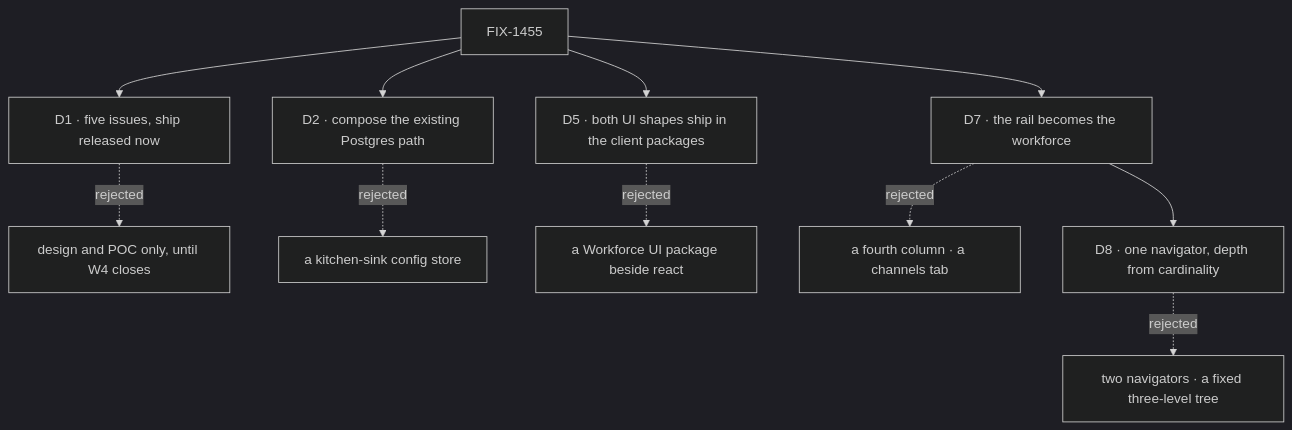
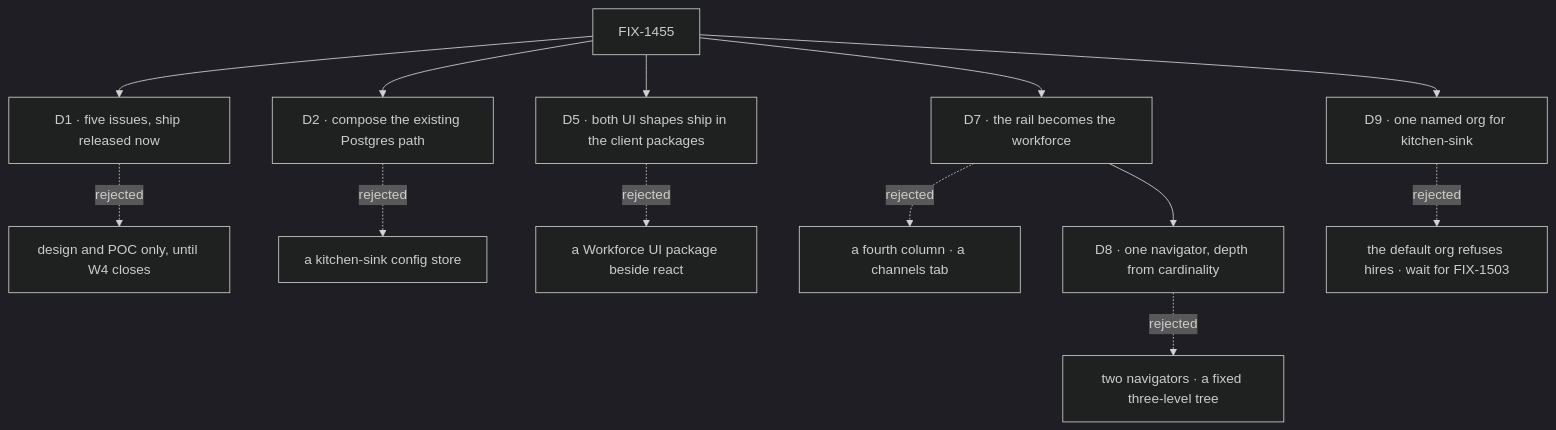
The diagram in specs/epics/FIX-1455/DECISIONS.md (fixpoint-labs/flow-state-dev), drawn with Mermaid (dark theme) before and after one commit. The commit also changed other lines of this file and 7 other files, not shown here.

First line of the commit message:
spec(FIX-1455): amend — FIX-1500 and FIX-1527 join the set; seat list ships; D9 named org

````diff
--- a/specs/epics/FIX-1455/DECISIONS.md
+++ b/specs/epics/FIX-1455/DECISIONS.md
@@ -12,13 +13,15 @@
 ```mermaid
 flowchart TD
   E["FIX-1455"] --> D1["D1 · five issues, ship released now"]
   D1 -.->|"rejected"| X1["design and POC only, until W4 closes"]
   E --> D2["D2 · compose the existing Postgres path"]
   D2 -.->|"rejected"| X2["a kitchen-sink config store"]
   E --> D5["D5 · both UI shapes ship in the client packages"]
   D5 -.->|"rejected"| X5["a Workforce UI package beside react"]
   E --> D7["D7 · the rail becomes the workforce"]
   D7 -.->|"rejected"| X7["a fourth column · a channels tab"]
   D7 --> D8["D8 · one navigator, depth from cardinality"]
   D8 -.->|"rejected"| X8["two navigators · a fixed three-level tree"]
+  E --> D9["D9 · one named org for kitchen-sink"]
+  D9 -.->|"rejected"| X9["the default org refuses hires · wait for FIX-1503"]
 ```
````
